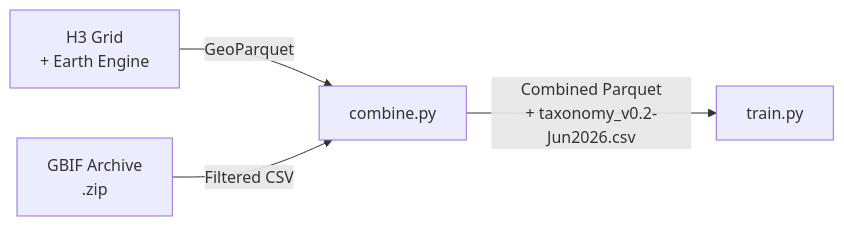
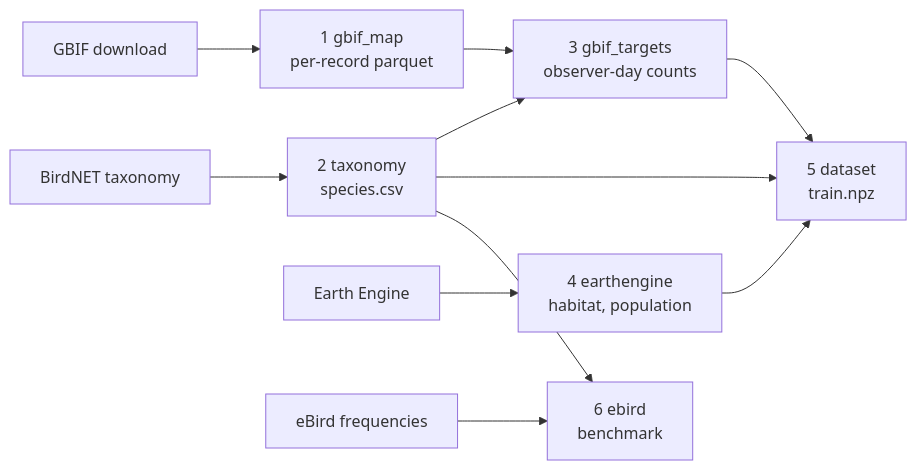
One commit to birdnet-team/geomodel changed the diagram in docs/pipeline/overview.md. Above: the diagram before and after it, drawn with Mermaid. The commit also changed other lines of this file and 41 other files, not shown here.

````diff
--- a/docs/pipeline/overview.md
+++ b/docs/pipeline/overview.md
@@ -5,6 +7,13 @@
 ```mermaid
 graph LR
-    A["H3 Grid<br/>+ Earth Engine"] -->|GeoParquet| C[combine.py]
-    B["GBIF Archive<br/>.zip"] -->|Filtered CSV| C
-    C -->|"Combined Parquet<br/>+ taxonomy_v0.2-Jun2026.csv"| D[train.py]
+    G[GBIF download] --> M["1 gbif_map<br/>per-record parquet"]
+    T[BirdNET taxonomy] --> X["2 taxonomy<br/>species.csv"]
+    M --> R["3 gbif_targets<br/>observer-day counts"]
+    X --> R
+    E[Earth Engine] --> H["4 earthengine<br/>habitat, population"]
+    R --> D["5 dataset<br/>train.npz"]
+    H --> D
+    X --> D
+    B[eBird frequencies] --> K["6 ebird<br/>benchmark"]
+    X --> K
 ```
````
